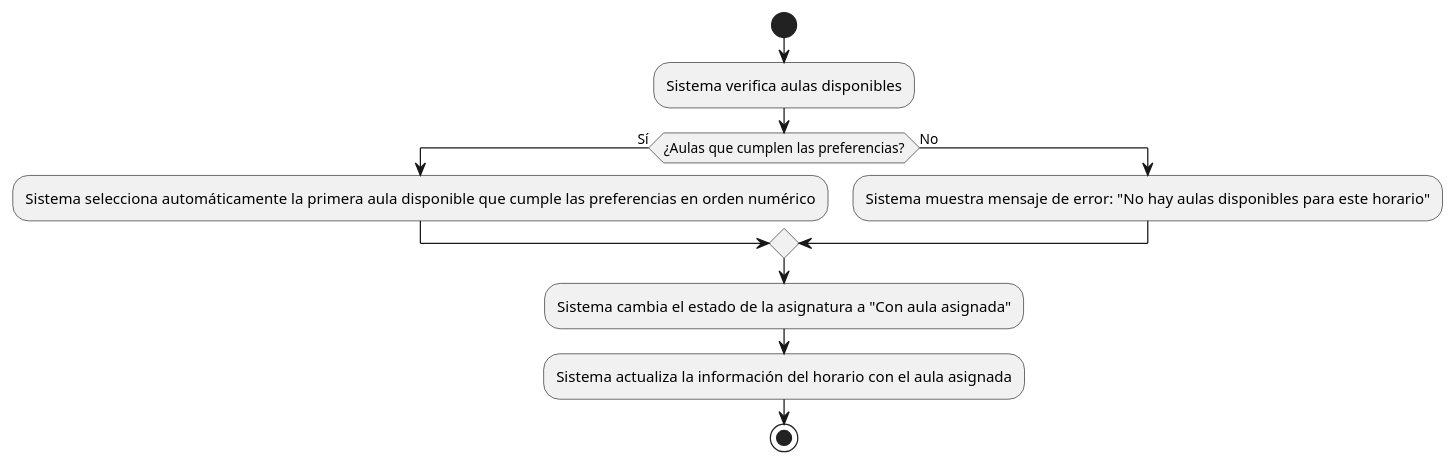
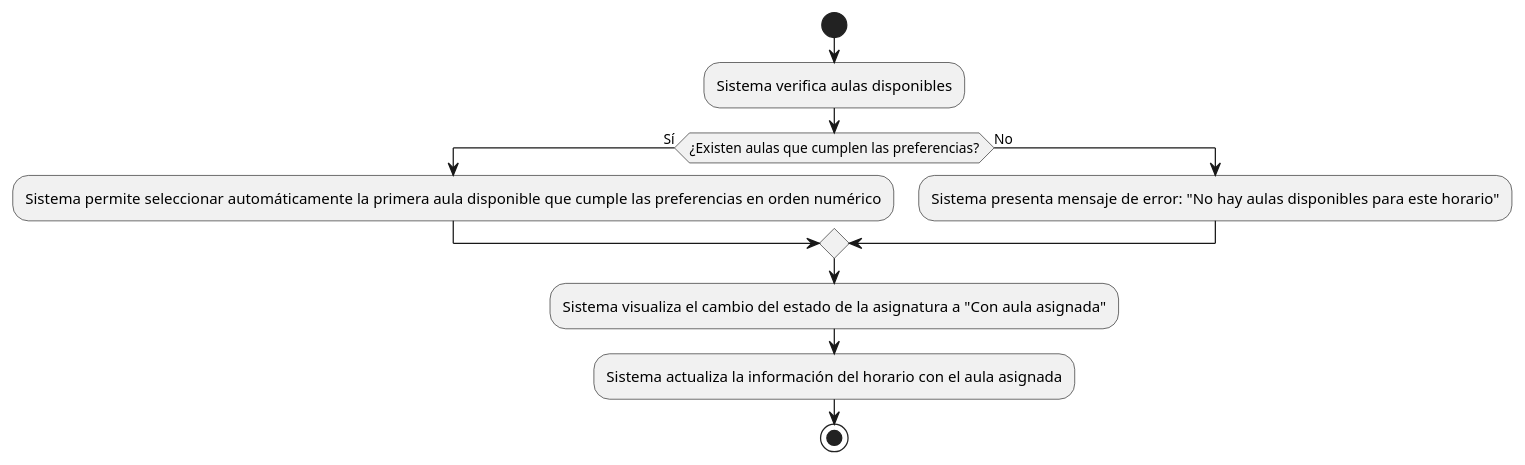
Before and after one commit to mmasias/24-25-IdSw1-SDR: the diagram in casosDeUso/plantUML/SeleccionarAulaAutomaticamente.puml, drawn with PlantUML.

```diff
--- a/casosDeUso/plantUML/SeleccionarAulaAutomaticamente.puml
+++ b/casosDeUso/plantUML/SeleccionarAulaAutomaticamente.puml
@@ -1,12 +1,12 @@
 @startuml
 start
 :Sistema verifica aulas disponibles;
-  if (¿Aulas que cumplen las preferencias?) then (Sí)
-    :Sistema selecciona automáticamente la primera aula disponible que cumple las preferencias en orden numérico;
-  else (No)
-    :Sistema muestra mensaje de error: "No hay aulas disponibles para este horario";
-  endif
-:Sistema cambia el estado de la asignatura a "Con aula asignada";
+if (¿Existen aulas que cumplen las preferencias?) then (Sí)
+  :Sistema permite seleccionar automáticamente la primera aula disponible que cumple las preferencias en orden numérico;
+else (No)
+  :Sistema presenta mensaje de error: "No hay aulas disponibles para este horario";
+endif
+:Sistema visualiza el cambio del estado de la asignatura a "Con aula asignada";
 :Sistema actualiza la información del horario con el aula asignada;
 stop
 @enduml
```
